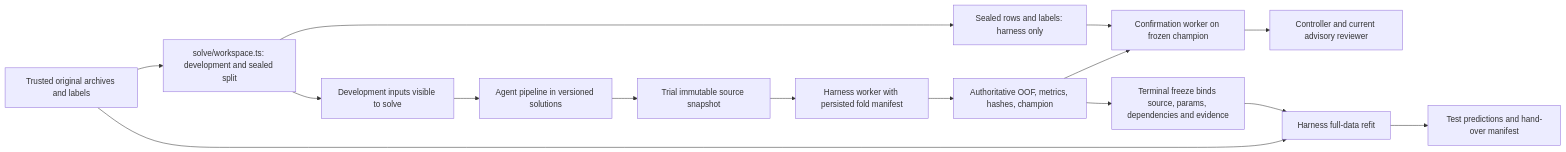
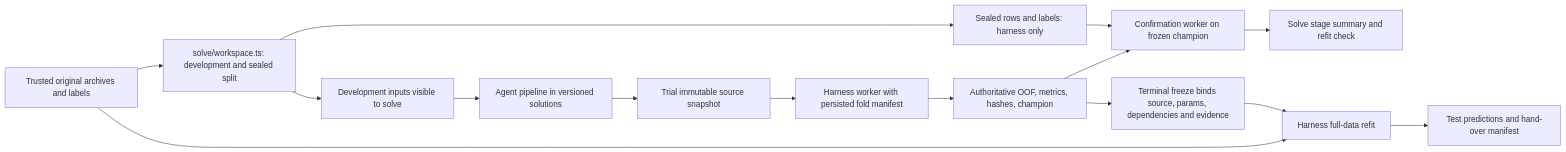
The fourth of 6 diagrams in docs/architecture.md (nicobrauchtgit/auto-smart-lab), drawn with Mermaid before and after one commit. The commit also changed other lines of this file and 189 other files, not shown here.

````diff
--- a/docs/architecture.md
+++ b/docs/architecture.md
@@ -111,17 +95,17 @@
 ```mermaid
 flowchart LR
     RAW[Trusted original archives and labels] --> SPLIT[solve/workspace.ts: development and sealed split]
     SPLIT --> DEV[Development inputs visible to solve]
     SPLIT --> SEALED[Sealed rows and labels: harness only]
     DEV --> CODE[Agent pipeline in versioned solutions]
     CODE --> SNAP[Trial immutable source snapshot]
     SNAP --> FIT[Harness worker with persisted fold manifest]
     FIT --> EVID[Authoritative OOF, metrics, hashes, champion]
     SEALED --> CONF[Confirmation worker on frozen champion]
     EVID --> CONF
-    CONF --> CTRL[Controller and current advisory reviewer]
+    CONF --> CTRL[Solve stage summary and refit check]
     EVID --> FREEZE[Terminal freeze binds source, params, dependencies and evidence]
     FREEZE --> REFIT[Harness full-data refit]
     RAW --> REFIT
     REFIT --> OUT[Test predictions and hand-over manifest]
 ```
````
